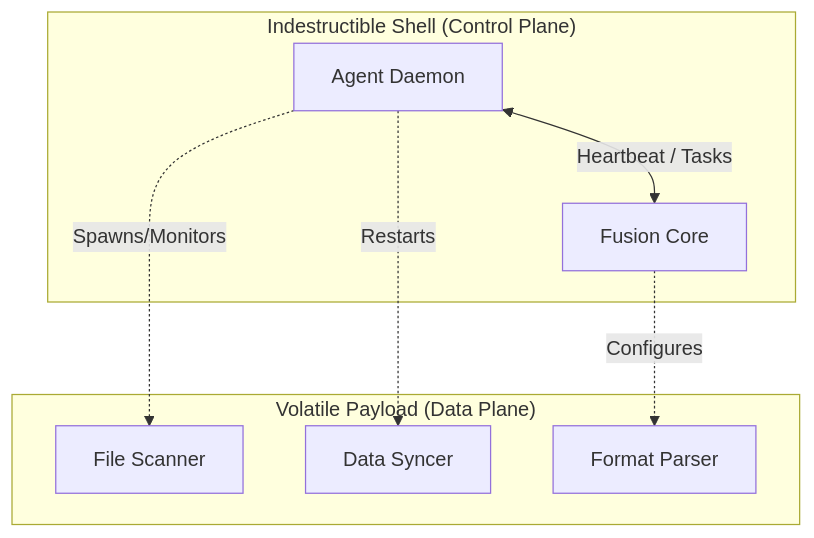
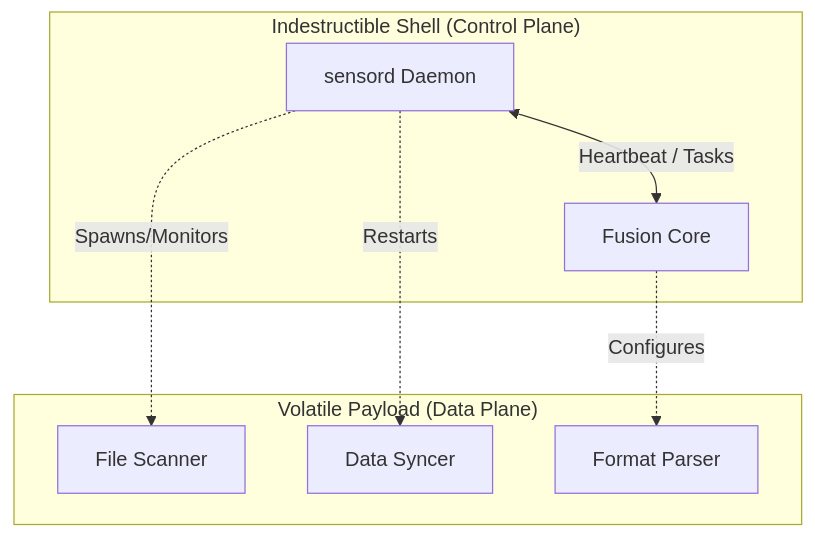
The diagram in specs/L0-VISION.md (excelwang/fustor-data-platform), drawn with Mermaid before and after one commit. The commit also changed other lines of this file and 13 other files, not shown here.

Commit message:
rename: agent->sensord

````diff
--- a/specs/L0-VISION.md
+++ b/specs/L0-VISION.md
@@ -42,16 +42,16 @@
 ```mermaid
 graph TD
     subgraph "Indestructible Shell (Control Plane)"
-        AgentDaemon[Agent Daemon] <-->|Heartbeat / Tasks| FusionCore[Fusion Core]
+        sensordDaemon[sensord Daemon] <-->|Heartbeat / Tasks| FusionCore[Fusion Core]
     end
 
     subgraph "Volatile Payload (Data Plane)"
         Scanner[File Scanner]
         Syncer[Data Syncer]
         Parser[Format Parser]
     end
 
-    AgentDaemon -.->|Spawns/Monitors| Scanner
-    AgentDaemon -.->|Restarts| Syncer
+    sensordDaemon -.->|Spawns/Monitors| Scanner
+    sensordDaemon -.->|Restarts| Syncer
     FusionCore -.->|Configures| Parser
 ```
````
